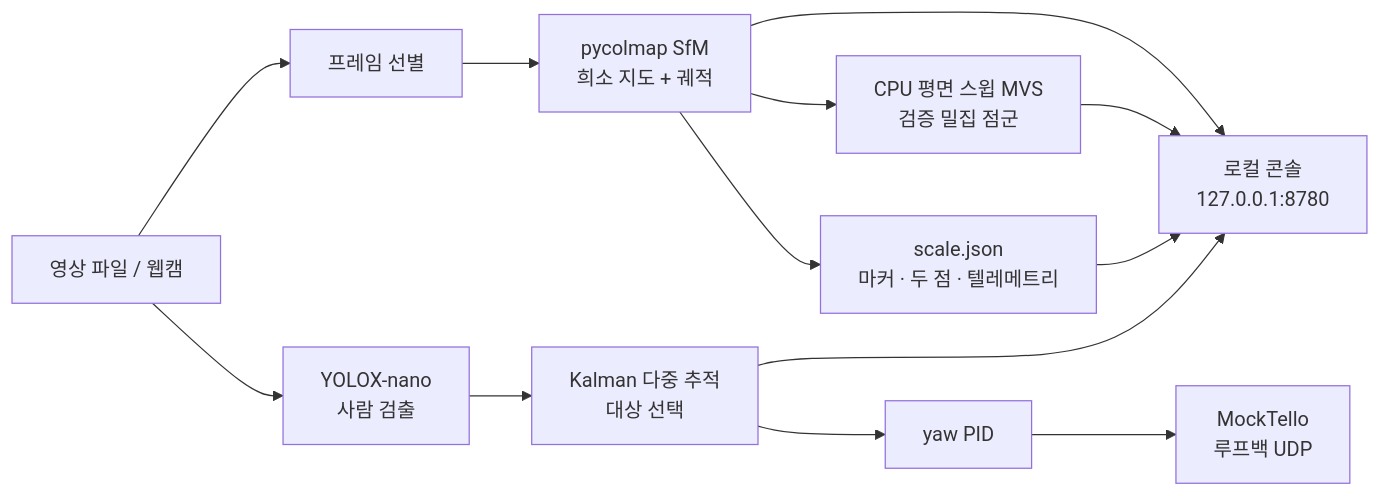
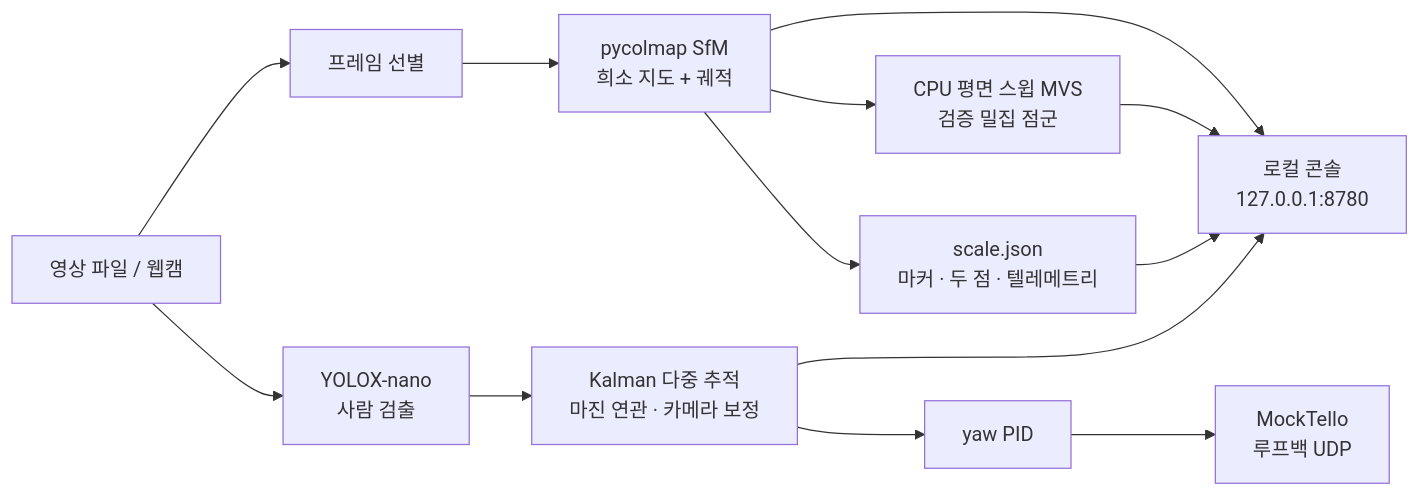
The diagram in README.md (Ksyear/skywarden), drawn with Mermaid before and after one commit. The commit also changed other lines of this file and 7 other files, not shown here.

````diff
--- a/README.md
+++ b/README.md
@@ -57,12 +57,12 @@
 ```mermaid
 flowchart LR
   V[영상 파일 / 웹캠] --> F[프레임 선별]
   F --> S[pycolmap SfM<br/>희소 지도 + 궤적]
   S --> D[CPU 평면 스윕 MVS<br/>검증 밀집 점군]
   S --> M[scale.json<br/>마커 · 두 점 · 텔레메트리]
   V --> Y[YOLOX-nano<br/>사람 검출]
-  Y --> K[Kalman 다중 추적<br/>대상 선택]
+  Y --> K[Kalman 다중 추적<br/>마진 연관 · 카메라 보정]
   K --> P[yaw PID]
   P --> T[MockTello<br/>루프백 UDP]
   S & D & M & K --> C[로컬 콘솔<br/>127.0.0.1:8780]
 ```
````
